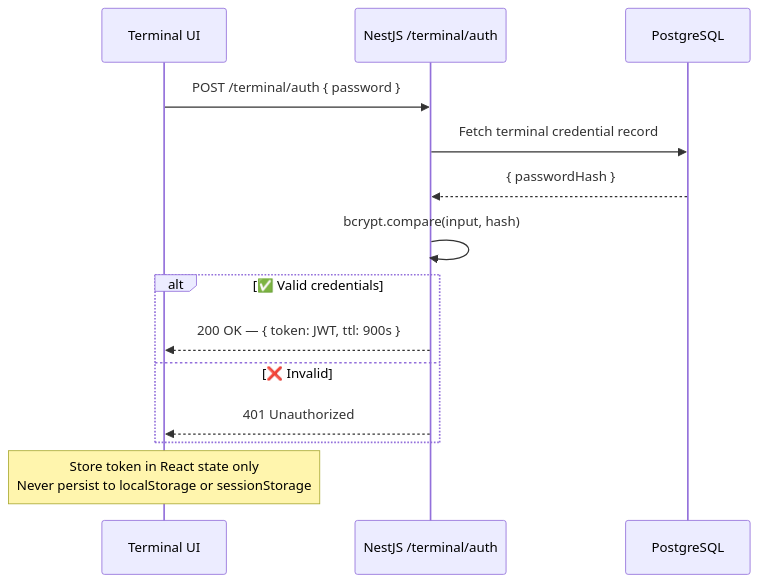
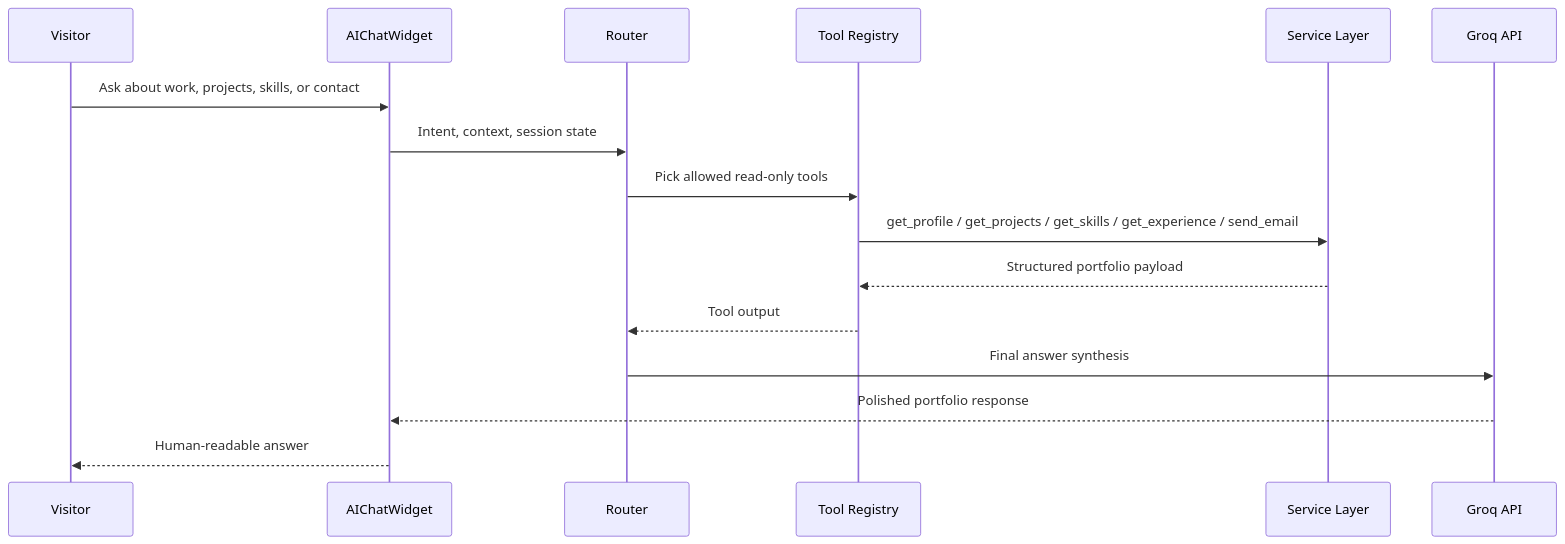
Before and after one commit to Haiderali445/portfolio-website: the third of 3 diagrams in README.md, drawn with Mermaid. The commit also changed other lines of this file and 21 other files, not shown here.

````diff
--- a/README.md
+++ b/README.md
@@ -1305,19 +130,19 @@
 ```mermaid
 sequenceDiagram
-    participant T as Terminal UI
-    participant A as NestJS /terminal/auth
-    participant DB as PostgreSQL
+    participant U as Visitor
+    participant W as AIChatWidget
+    participant R as Router
+    participant T as Tool Registry
+    participant S as Service Layer
+    participant G as Groq API
 
-    T->>A: POST /terminal/auth { password }
-    A->>DB: Fetch terminal credential record
-    DB-->>A: { passwordHash }
-    A->>A: bcrypt.compare(input, hash)
-
-    alt ✅ Valid credentials
-        A-->>T: 200 OK — { token: JWT, ttl: 900s }
-    else ❌ Invalid
-        A-->>T: 401 Unauthorized
-    end
-
-    Note over T: Store token in React state only<br/>Never persist to localStorage or sessionStorage
+    U->>W: Ask about work, projects, skills, or contact
+    W->>R: Intent, context, session state
+    R->>T: Pick allowed read-only tools
+    T->>S: get_profile / get_projects / get_skills / get_experience / send_email
+    S-->>T: Structured portfolio payload
+    T-->>R: Tool output
+    R->>G: Final answer synthesis
+    G-->>W: Polished portfolio response
+    W-->>U: Human-readable answer
 ```
````
